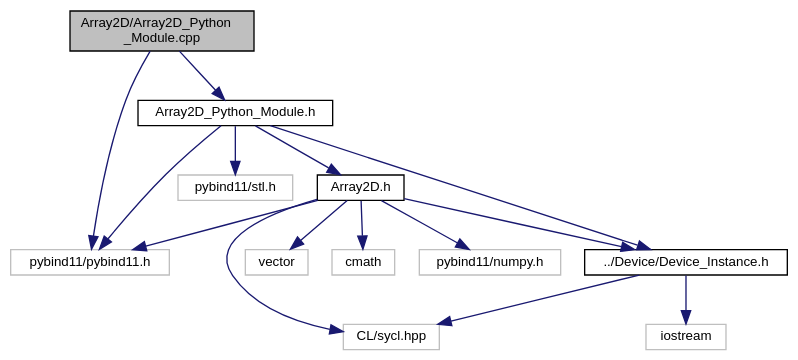
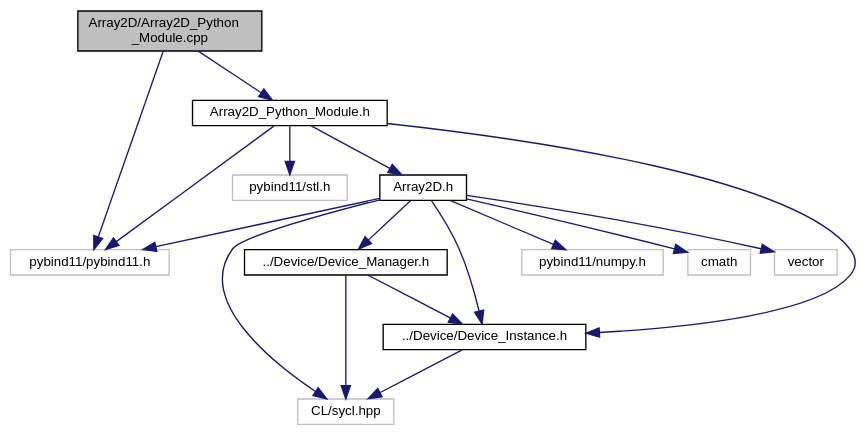
The diagram in docs/PySYCL_doxygen_html/_array2_d___python___module_8cpp__incl.dot (OsmanAEG/PySYCL), drawn with Graphviz before and after one commit. The commit also changed 169 other files, not shown here.

```diff
--- a/docs/PySYCL_doxygen_html/_array2_d___python___module_8cpp__incl.dot
+++ b/docs/PySYCL_doxygen_html/_array2_d___python___module_8cpp__incl.dot
@@ -1,33 +1,35 @@
 digraph "Array2D/Array2D_Python_Module.cpp"
 {
  // INTERACTIVE_SVG=YES
  // LATEX_PDF_SIZE
   bgcolor="transparent";
   edge [fontname="Helvetica",fontsize="10",labelfontname="Helvetica",labelfontsize="10"];
   node [fontname="Helvetica",fontsize="10",shape=record];
   Node1 [label="Array2D/Array2D_Python\l_Module.cpp",height=0.2,width=0.4,color="black", fillcolor="grey75", style="filled", fontcolor="black",tooltip="Python module for array_2d in PySYCL."];
   Node1 -> Node2 [color="midnightblue",fontsize="10",style="solid",fontname="Helvetica"];
   Node2 [label="pybind11/pybind11.h",height=0.2,width=0.4,color="grey75",tooltip=" "];
   Node1 -> Node3 [color="midnightblue",fontsize="10",style="solid",fontname="Helvetica"];
   Node3 [label="Array2D_Python_Module.h",height=0.2,width=0.4,color="black",URL="$_array2_d___python___module_8h.html",tooltip="Python module for an array_2d object in PySYCL."];
   Node3 -> Node2 [color="midnightblue",fontsize="10",style="solid",fontname="Helvetica"];
   Node3 -> Node4 [color="midnightblue",fontsize="10",style="solid",fontname="Helvetica"];
   Node4 [label="pybind11/stl.h",height=0.2,width=0.4,color="grey75",tooltip=" "];
   Node3 -> Node5 [color="midnightblue",fontsize="10",style="solid",fontname="Helvetica"];
   Node5 [label="Array2D.h",height=0.2,width=0.4,color="black",URL="$_array2_d_8h.html",tooltip="Array2D in PySYCL."];
   Node5 -> Node6 [color="midnightblue",fontsize="10",style="solid",fontname="Helvetica"];
   Node6 [label="CL/sycl.hpp",height=0.2,width=0.4,color="grey75",tooltip=" "];
   Node5 -> Node7 [color="midnightblue",fontsize="10",style="solid",fontname="Helvetica"];
-  Node7 [label="vector",height=0.2,width=0.4,color="grey75",tooltip=" "];
+  Node7 [label="pybind11/numpy.h",height=0.2,width=0.4,color="grey75",tooltip=" "];
+  Node5 -> Node2 [color="midnightblue",fontsize="10",style="solid",fontname="Helvetica"];
   Node5 -> Node8 [color="midnightblue",fontsize="10",style="solid",fontname="Helvetica"];
   Node8 [label="cmath",height=0.2,width=0.4,color="grey75",tooltip=" "];
-  Node5 -> Node2 [color="midnightblue",fontsize="10",style="solid",fontname="Helvetica"];
   Node5 -> Node9 [color="midnightblue",fontsize="10",style="solid",fontname="Helvetica"];
-  Node9 [label="pybind11/numpy.h",height=0.2,width=0.4,color="grey75",tooltip=" "];
+  Node9 [label="vector",height=0.2,width=0.4,color="grey75",tooltip=" "];
   Node5 -> Node10 [color="midnightblue",fontsize="10",style="solid",fontname="Helvetica"];
   Node10 [label="../Device/Device_Instance.h",height=0.2,width=0.4,color="black",URL="$_device___instance_8h.html",tooltip="Device instance for device selection in PySYCL."];
-  Node10 -> Node11 [color="midnightblue",fontsize="10",style="solid",fontname="Helvetica"];
-  Node11 [label="iostream",height=0.2,width=0.4,color="grey75",tooltip=" "];
   Node10 -> Node6 [color="midnightblue",fontsize="10",style="solid",fontname="Helvetica"];
+  Node5 -> Node11 [color="midnightblue",fontsize="10",style="solid",fontname="Helvetica"];
+  Node11 [label="../Device/Device_Manager.h",height=0.2,width=0.4,color="black",URL="$_device___manager_8h.html",tooltip="Device instance for device selection in PySYCL."];
+  Node11 -> Node6 [color="midnightblue",fontsize="10",style="solid",fontname="Helvetica"];
+  Node11 -> Node10 [color="midnightblue",fontsize="10",style="solid",fontname="Helvetica"];
   Node3 -> Node10 [color="midnightblue",fontsize="10",style="solid",fontname="Helvetica"];
 }
```
